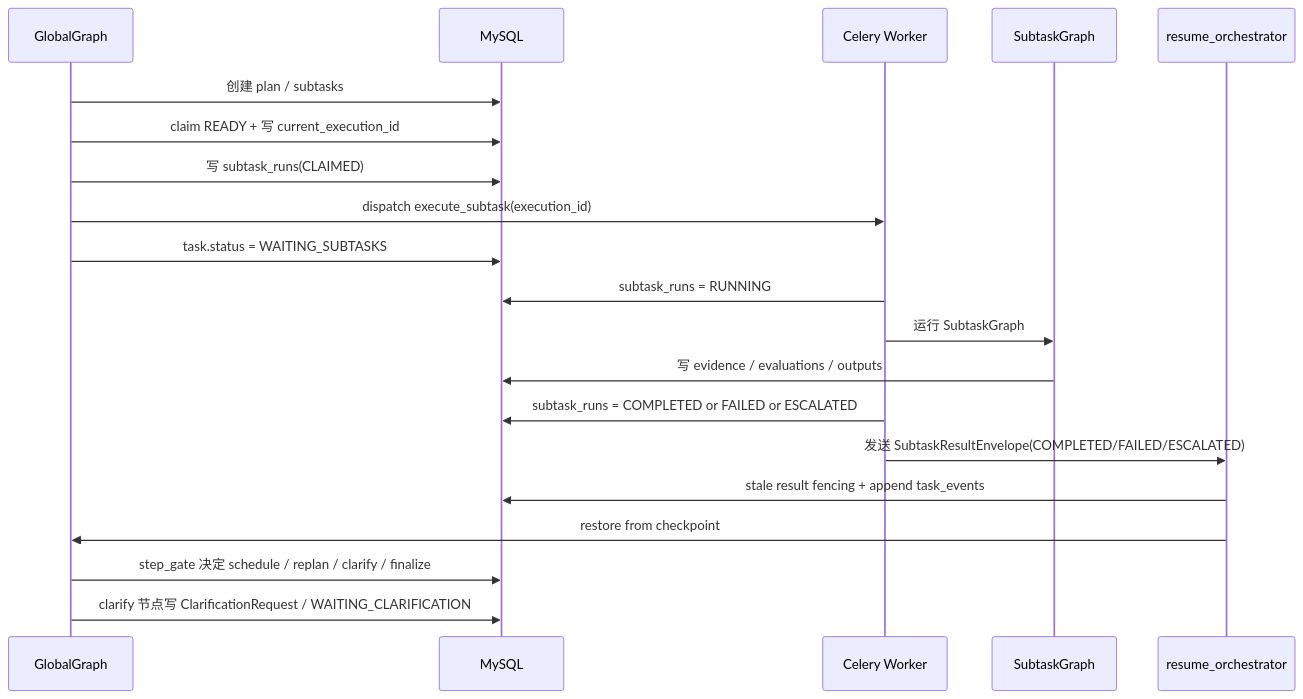
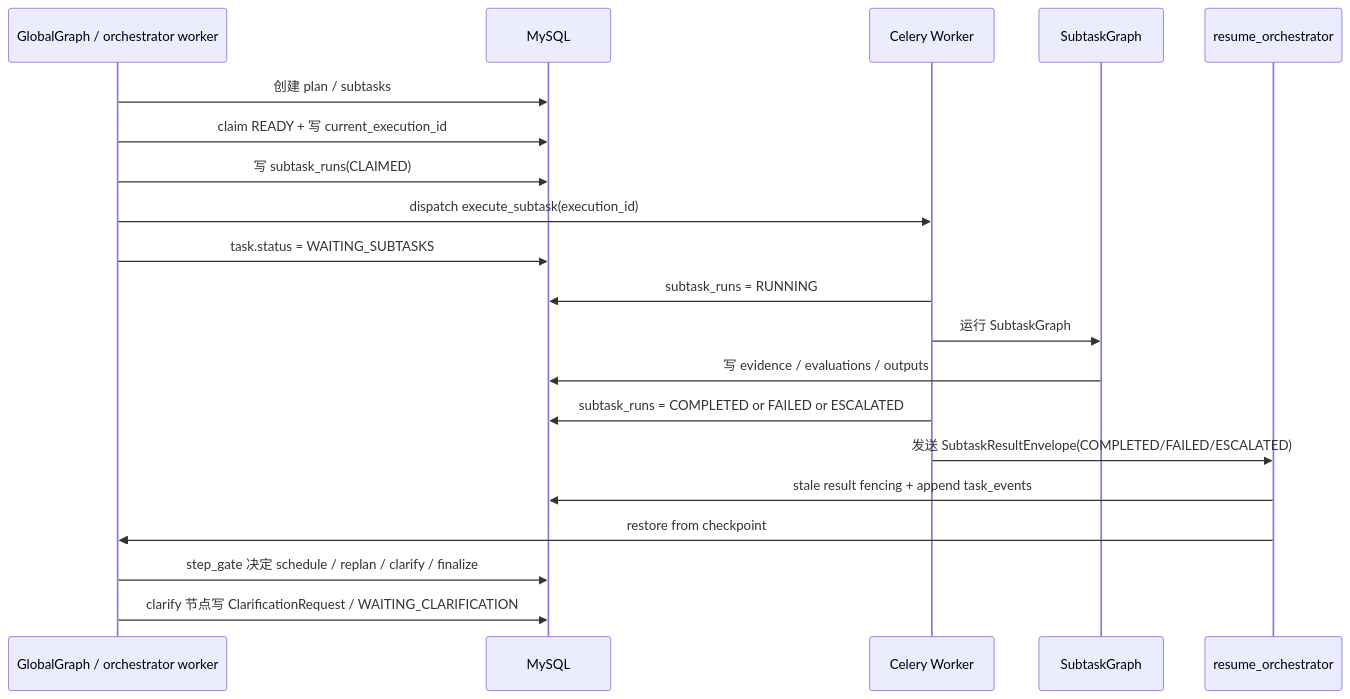
Before and after one commit to kkk935208447/learning_common_lib: the second of 6 diagrams in src/learning_common_lib/案例/用户AgenticRAG检索/技术拆解.md, drawn with Mermaid. The commit also changed other lines of this file and 1 other file, not shown here.

First line of the commit message:
feat(learning_common_lib): 更新文档和流程图以增强任务执行的清晰度

````diff
--- a/src/learning_common_lib/案例/用户AgenticRAG检索/技术拆解.md
+++ b/src/learning_common_lib/案例/用户AgenticRAG检索/技术拆解.md
@@ -120,23 +120,23 @@
 ```mermaid
 sequenceDiagram
-    participant GG as GlobalGraph
+    participant GG as GlobalGraph / orchestrator worker
     participant DB as MySQL
     participant CW as Celery Worker
     participant SG as SubtaskGraph
     participant RO as resume_orchestrator
 
     GG->>DB: 创建 plan / subtasks
     GG->>DB: claim READY + 写 current_execution_id
     GG->>DB: 写 subtask_runs(CLAIMED)
     GG->>CW: dispatch execute_subtask(execution_id)
     GG->>DB: task.status = WAITING_SUBTASKS
     CW->>DB: subtask_runs = RUNNING
     CW->>SG: 运行 SubtaskGraph
     SG->>DB: 写 evidence / evaluations / outputs
     CW->>DB: subtask_runs = COMPLETED or FAILED or ESCALATED
     CW->>RO: 发送 SubtaskResultEnvelope(COMPLETED/FAILED/ESCALATED)
     RO->>DB: stale result fencing + append task_events
     RO->>GG: restore from checkpoint
     GG->>DB: step_gate 决定 schedule / replan / clarify / finalize
     GG->>DB: clarify 节点写 ClarificationRequest / WAITING_CLARIFICATION
 ```
````
